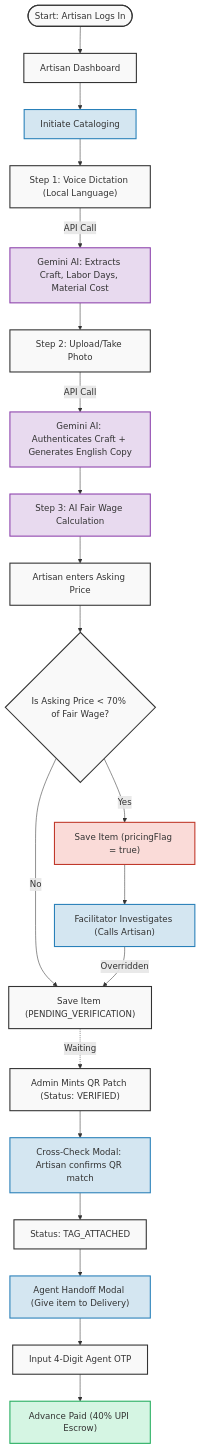
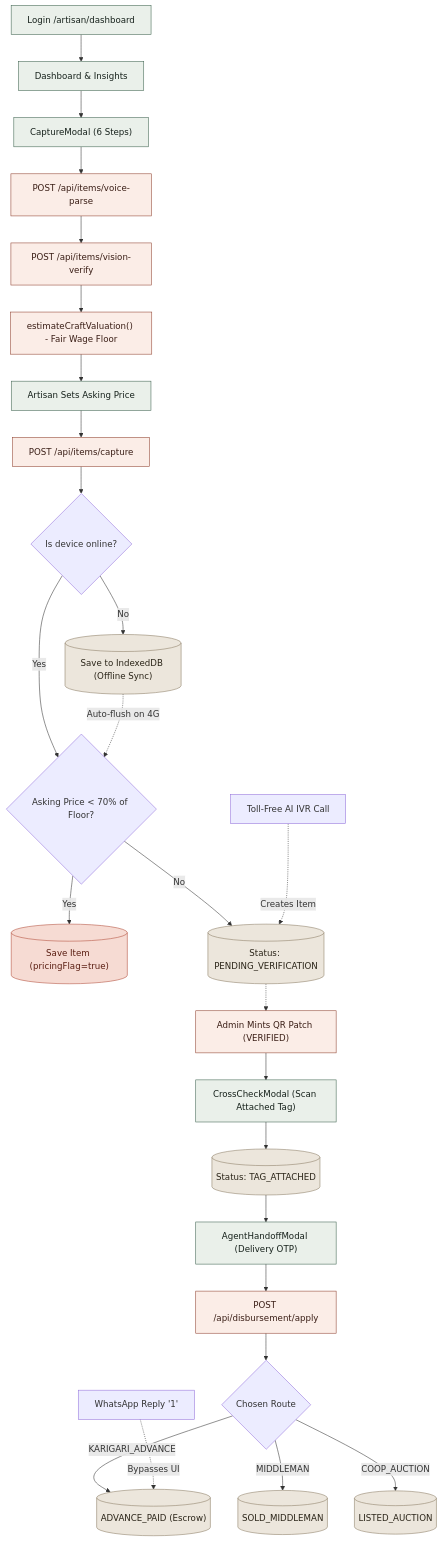
Before and after one commit to MNSTIC/KARIGARI: the second of 6 diagrams in docs/KARIGARI_FLOWCHARTS.md, drawn with Mermaid. The commit also changed other lines of this file, not shown here.

Commit message:
docs: strictly align flowcharts with WORKFLOW.md routing and advanced features

````diff
--- a/docs/KARIGARI_FLOWCHARTS.md
+++ b/docs/KARIGARI_FLOWCHARTS.md
@@ -66,38 +69,42 @@
 ```mermaid
 graph TD
-  classDef default fill:#f9f9f9,stroke:#333,stroke-width:2px;
-  classDef action fill:#d4e6f1,stroke:#2980b9;
-  classDef ai fill:#e8daef,stroke:#8e44ad;
-  classDef flag fill:#fadbd8,stroke:#c0392b;
-  classDef success fill:#d5f5e3,stroke:#27ae60;
+  classDef ui fill:#EAF0EA,stroke:#3D624F,color:#16211B;
+  classDef api fill:#FBEDE7,stroke:#8F412F,color:#3A1E16;
+  classDef db fill:#ECE6DC,stroke:#8A7B63,color:#2A2418;
+  classDef flag fill:#F6DBD3,stroke:#B14B39,color:#5A1E12;
 
-  START(["Start: Artisan Logs In"]) --> DASH["Artisan Dashboard"]
+  START["Login /artisan/dashboard"]:::ui --> DASH["Dashboard & Insights"]:::ui
   
-  DASH --> CAPTURE["Initiate Cataloging"]:::action
+  DASH --> CAPTURE["CaptureModal (6 Steps)"]:::ui
   
-  CAPTURE --> VOICECAPTURE["Step 1: Voice Dictation (Local Language)"]
-  VOICECAPTURE -->|API Call| GEM_STT["Gemini AI: Extracts Craft, Labor Days, Material Cost"]:::ai
+  CAPTURE --> STT["POST /api/items/voice-parse"]:::api
+  STT --> VIS["POST /api/items/vision-verify"]:::api
+  VIS --> PRICE["estimateCraftValuation() - Fair Wage Floor"]:::api
+  PRICE --> ASKING["Artisan Sets Asking Price"]:::ui
   
-  GEM_STT --> PHOTOCAPTURE["Step 2: Upload/Take Photo"]
-  PHOTOCAPTURE -->|API Call| GEM_VIS["Gemini AI: Authenticates Craft + Generates English Copy"]:::ai
+  ASKING --> CAP_API["POST /api/items/capture"]:::api
+  CAP_API --> SYNC{"Is device online?"}
+  SYNC -->|No| IDB[("Save to IndexedDB (Offline Sync)")]:::db
+  SYNC -->|Yes| BENCH{"Asking Price < 70% of Floor?"}
   
-  GEM_VIS --> VALUATION["Step 3: AI Fair Wage Calculation"]:::ai
-  VALUATION --> PRICING["Artisan enters Asking Price"]
+  BENCH -->|Yes| FLAG[("Save Item (pricingFlag=true)")]:::flag
+  BENCH -->|No| PENDING[("Status: PENDING_VERIFICATION")]:::db
+  IDB -.->|Auto-flush on 4G| BENCH
   
-  PRICING --> GUARD{"Is Asking Price < 70% of Fair Wage?"}
-  GUARD -->|Yes| FLAG["Save Item (pricingFlag = true)"]:::flag
-  GUARD -->|No| PENDING["Save Item (PENDING_VERIFICATION)"]
+  PENDING -.-> VER["Admin Mints QR Patch (VERIFIED)"]:::api
   
-  FLAG --> FAC_INTERVENTION["Facilitator Investigates (Calls Artisan)"]:::action
-  FAC_INTERVENTION -->|Overridden| PENDING
+  VER --> XC["CrossCheckModal (Scan Attached Tag)"]:::ui
+  XC --> TAG[("Status: TAG_ATTACHED")]:::db
   
-  PENDING -.->|Waiting| VERIFIED["Admin Mints QR Patch (Status: VERIFIED)"]
+  TAG --> HAND["AgentHandoffModal (Delivery OTP)"]:::ui
+  HAND --> DAPPLY["POST /api/disbursement/apply"]:::api
+  DAPPLY --> ROUTE{"Chosen Route"}
   
-  VERIFIED --> XC["Cross-Check Modal: Artisan confirms QR match"]:::action
-  XC --> TAGGED["Status: TAG_ATTACHED"]
+  ROUTE -->|KARIGARI_ADVANCE| ADV[("ADVANCE_PAID (Escrow)")]:::db
+  ROUTE -->|MIDDLEMAN| MID[("SOLD_MIDDLEMAN")]:::db
+  ROUTE -->|COOP_AUCTION| AUC[("LISTED_AUCTION")]:::db
   
-  TAGGED --> HANDOFF["Agent Handoff Modal (Give item to Delivery)"]:::action
-  HANDOFF --> OTP["Input 4-Digit Agent OTP"]
-  
-  OTP --> ADV["Advance Paid (40% UPI Escrow)"]:::success
+  %% Fallbacks injected directly to status
+  IVR_CALL["Toll-Free AI IVR Call"] -.->|Creates Item| PENDING
+  WA_REPLY["WhatsApp Reply '1'"] -.->|Bypasses UI| ADV
 ```
````
